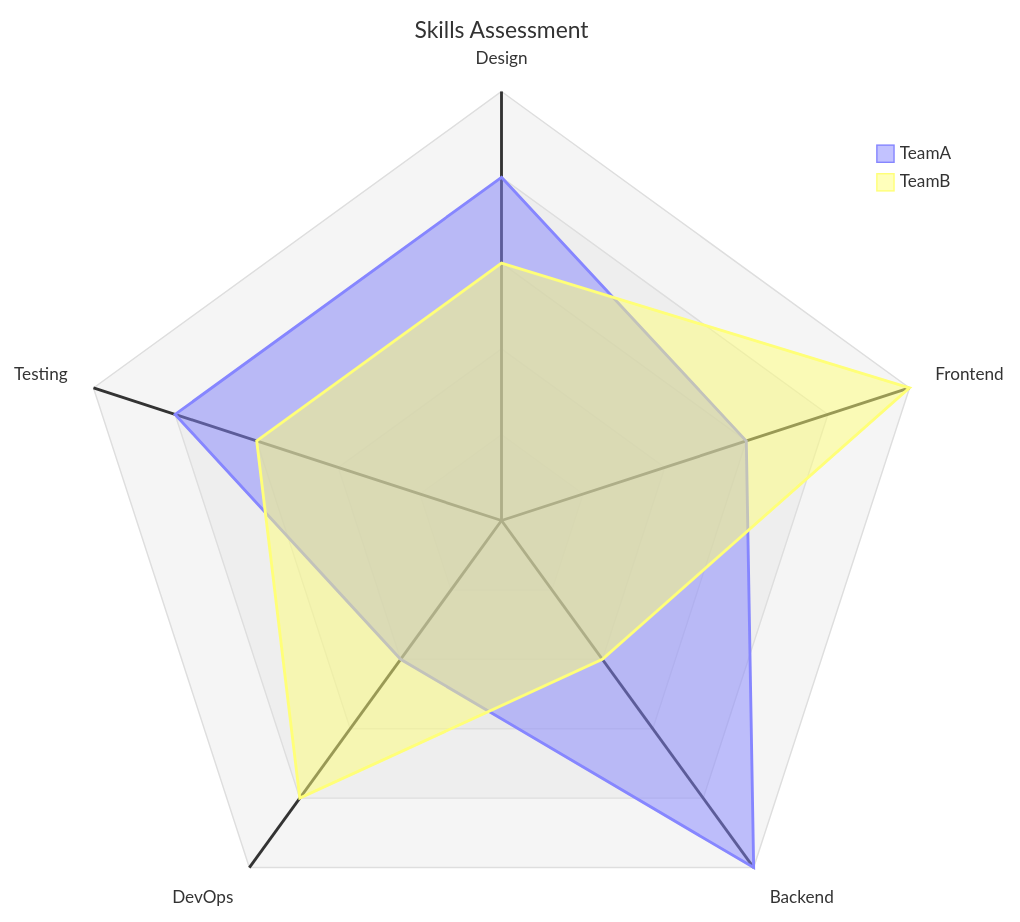
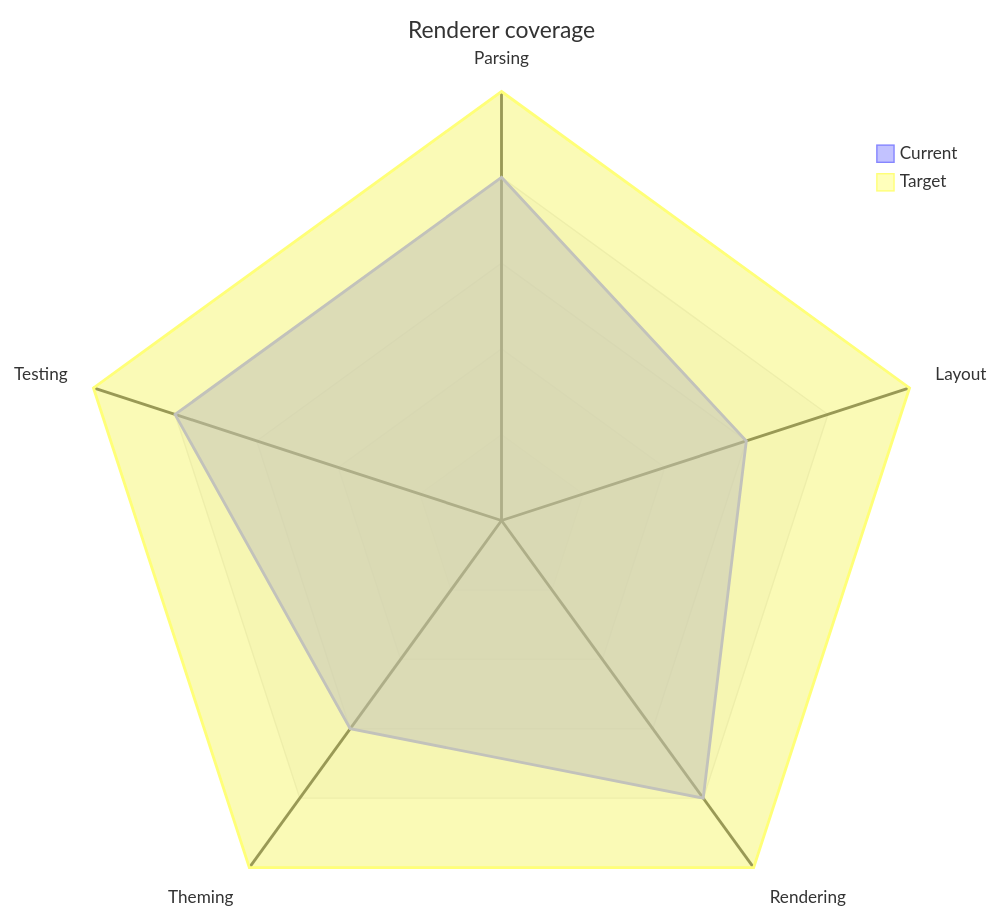
Diagram 11 of 27 in tests/Mermaider.Tests/Fixtures/mermaid.md (nullean/mermaider), drawn with Mermaid before and after one commit. The commit also changed other lines of this file, not shown here.

Commit message:
Rewrite mermaid.md fixture to be Mermaider-focused, remove WinPrint references

````diff
--- a/tests/Mermaider.Tests/Fixtures/mermaid.md
+++ b/tests/Mermaider.Tests/Fixtures/mermaid.md
@@ -188,9 +163,9 @@
 ```mermaid
 radar-beta
-    title Skills Assessment
-    axis Design, Frontend, Backend, DevOps, Testing
-    curve TeamA{4, 3, 5, 2, 4}
-    curve TeamB{3, 5, 2, 4, 3}
+    title Renderer coverage
+    axis Parsing, Layout, Rendering, Theming, Testing
+    curve Current{4, 3, 4, 3, 4}
+    curve Target{5, 5, 5, 5, 5}
     max 5
     graticule polygon
 ```
````
